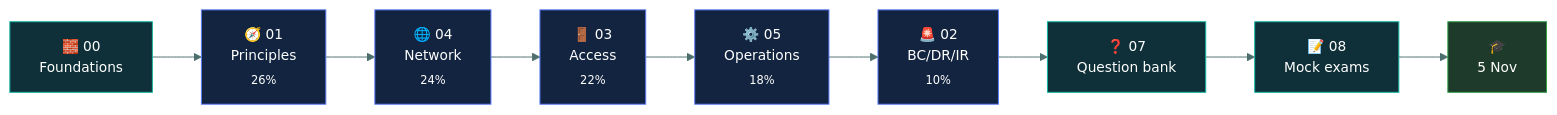
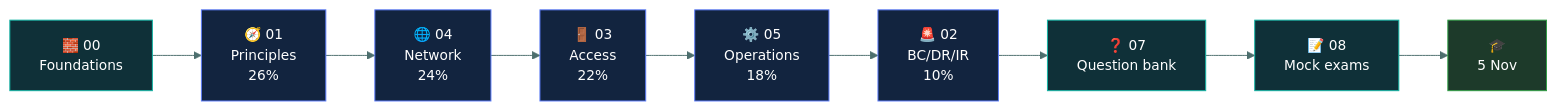
One commit to tarunTejaDesireddy/cc-exam-prep changed the second of 2 diagrams in README.md. Above: the diagram before and after it, drawn with Mermaid. The commit also changed other lines of this file and 15 other files, not shown here.

First line of the commit message:
Fix clipped mermaid labels repo-wide; add privacy topic

````diff
--- a/README.md
+++ b/README.md
@@ -107,22 +107,22 @@
 ```mermaid
 %%{init: {'theme':'base','themeVariables':{'fontSize':'14px','lineColor':'#4d6f6e','textColor':'#dbe7e6'}}}%%
 flowchart LR
-    F["🧱 00<br/>Foundations"] --> D1["🧭 01<br/>Principles<br/><sub>26%</sub>"]
-    D1 --> D4["🌐 04<br/>Network<br/><sub>24%</sub>"]
-    D4 --> D3["🚪 03<br/>Access<br/><sub>22%</sub>"]
-    D3 --> D5["⚙️ 05<br/>Operations<br/><sub>18%</sub>"]
-    D5 --> D2["🚨 02<br/>BC/DR/IR<br/><sub>10%</sub>"]
+    F["🧱 00<br/>Foundations"] --> D1["🧭 01<br/>Principles<br/>26%"]
+    D1 --> D4["🌐 04<br/>Network<br/>24%"]
+    D4 --> D3["🚪 03<br/>Access<br/>22%"]
+    D3 --> D5["⚙️ 05<br/>Operations<br/>18%"]
+    D5 --> D2["🚨 02<br/>BC/DR/IR<br/>10%"]
     D2 --> Q["❓ 07<br/>Question bank"]
     Q --> M["📝 08<br/>Mock exams"]
     M --> E["🎓<br/>5 Nov"]
 
     style F fill:#0f3038,stroke:#12B5A5,color:#fff
     style D1 fill:#12243f,stroke:#5C7CFA,color:#fff
     style D4 fill:#12243f,stroke:#5C7CFA,color:#fff
     style D3 fill:#12243f,stroke:#5C7CFA,color:#fff
     style D5 fill:#12243f,stroke:#5C7CFA,color:#fff
     style D2 fill:#12243f,stroke:#5C7CFA,color:#fff
     style Q fill:#0f3038,stroke:#12B5A5,color:#fff
     style M fill:#0f3038,stroke:#12B5A5,color:#fff
     style E fill:#1d3a2a,stroke:#2F9E44,color:#fff
 ```
````
